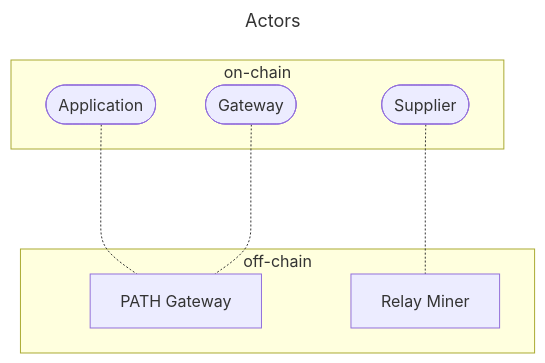
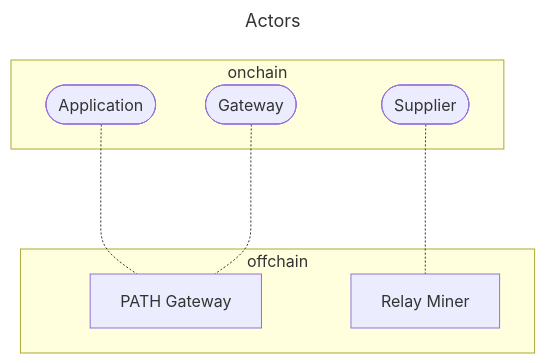
The diagram in docusaurus/docs/operate/quickstart/docker_compose_walkthrough.md (pokt-network/poktroll), drawn with Mermaid before and after one commit. The commit also changed other lines of this file and 152 other files, not shown here.

Commit message:
chore: Replace on/off-chain with on/offchain

````diff
--- a/docusaurus/docs/operate/quickstart/docker_compose_walkthrough.md
+++ b/docusaurus/docs/operate/quickstart/docker_compose_walkthrough.md
@@ -89,21 +89,21 @@
 ```mermaid
 ---
 title: Actors
 ---
 flowchart TB
 
-    subgraph on-chain
+    subgraph onchain
         A([Application])
         G([Gateway])
         S([Supplier])
     end
 
-    subgraph off-chain
+    subgraph offchain
         PG[PATH Gateway]
         RM[Relay Miner]
     end
 
     A -.- PG
     G -.- PG
     S -..- RM
 ```
````
